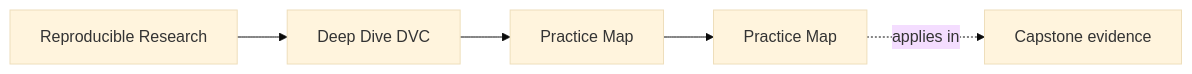
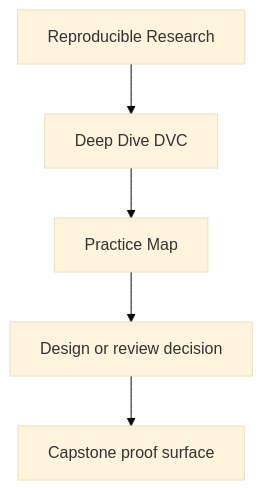
One commit to bijux/bijux-masterclass changed the first of 2 diagrams in programs/reproducible-research/deep-dive-dvc/course-book/reference/practice-map.md. Above: the diagram before and after it, drawn with Mermaid (base theme). The commit also changed other lines of this file and 31 other files, not shown here.

Commit message:
docs(deep-dive-dvc): sharpen guide and reference diagrams

````diff
--- a/programs/reproducible-research/deep-dive-dvc/course-book/reference/practice-map.md
+++ b/programs/reproducible-research/deep-dive-dvc/course-book/reference/practice-map.md
@@ -9,11 +9,7 @@
 ```mermaid
-graph LR
-  family["Reproducible Research"]
-  program["Deep Dive DVC"]
-  section["Practice Map"]
-  page["Practice Map"]
-  capstone["Capstone evidence"]
-
-  family --> program --> section --> page
-  page -.applies in.-> capstone
+flowchart TD
+  family["Reproducible Research"] --> program["Deep Dive DVC"]
+  program --> reference["Practice Map"]
+  reference --> review["Design or review decision"]
+  review --> capstone["Capstone proof surface"]
 ```
````
